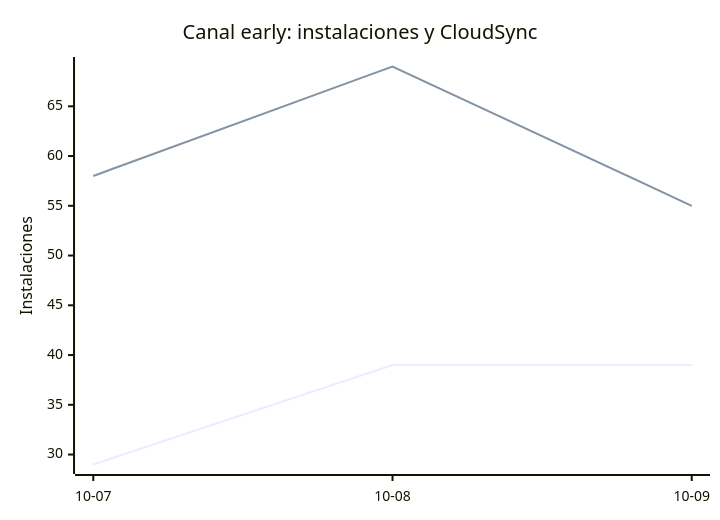
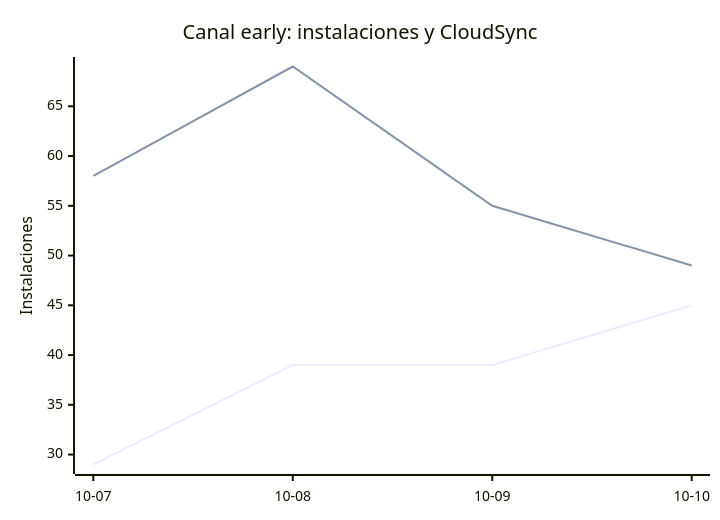
The eighth of 8 diagrams in README.md (EmuDeck/stats), drawn with Mermaid before and after one commit. The commit also changed other lines of this file and 2 other files, not shown here.

````diff
--- a/README.md
+++ b/README.md
@@ -102,8 +102,8 @@
 ```mermaid
 xychart-beta
     title "Canal early: instalaciones y CloudSync"
-    x-axis ["10-07", "10-08", "10-09"]
+    x-axis ["10-07", "10-08", "10-09", "10-10"]
     y-axis "Instalaciones"
-    line [29, 39, 39]
-    line [58, 69, 55]
+    line [29, 39, 39, 45]
+    line [58, 69, 55, 49]
 ```
````
